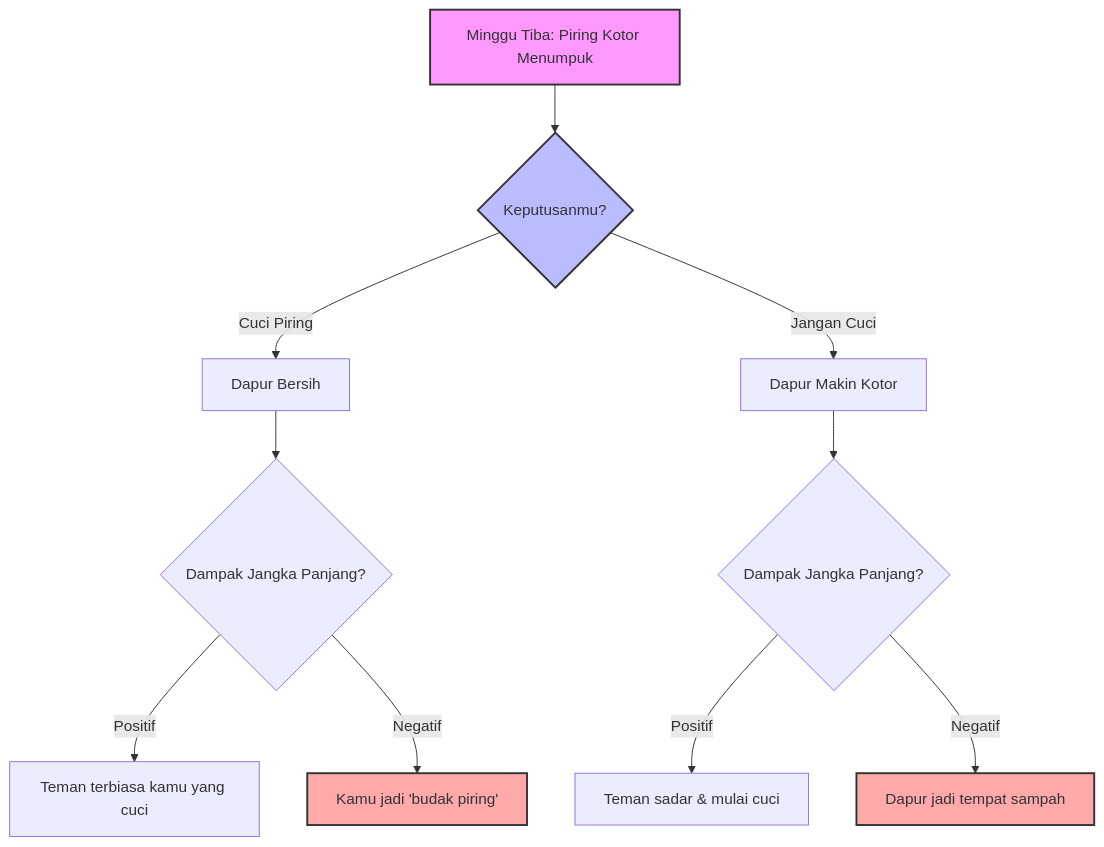
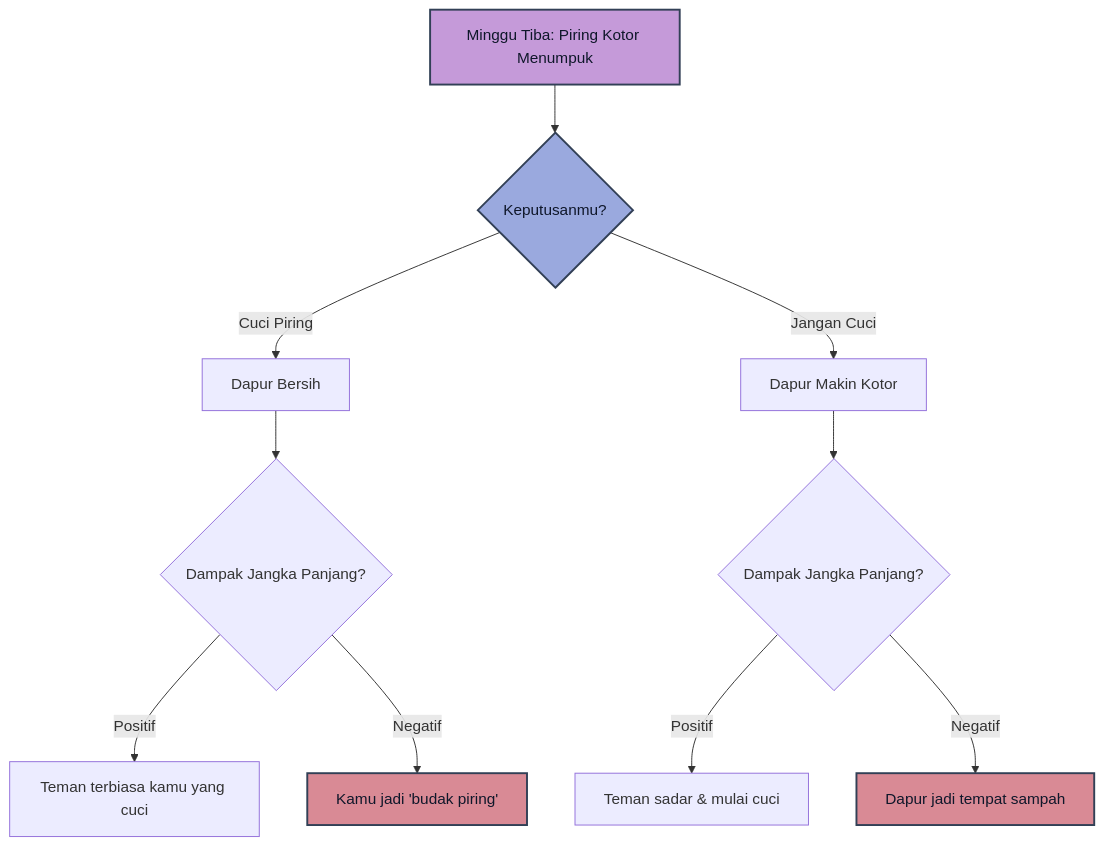
One commit to dwirx/BangunAI-Blog changed the first of 8 diagrams in src/content/writing/tit-for-tat-strategi-game-theory.mdx. Above: the diagram before and after it, drawn with Mermaid. The commit also changed other lines of this file and 1 other file, not shown here.

Commit message:
fix(mermaid): improve dark mode label contrast and node palette

````diff
--- a/src/content/writing/tit-for-tat-strategi-game-theory.mdx
+++ b/src/content/writing/tit-for-tat-strategi-game-theory.mdx
@@ -23,17 +23,17 @@
 ```mermaid
 graph TD
     A[Minggu Tiba: Piring Kotor Menumpuk] --> B{Keputusanmu?}
     B -->|Cuci Piring| C[Dapur Bersih]
     B -->|Jangan Cuci| D[Dapur Makin Kotor]
     C --> E{Dampak Jangka Panjang?}
     D --> F{Dampak Jangka Panjang?}
     E -->|Positif| G[Teman terbiasa kamu yang cuci]
     E -->|Negatif| H[Kamu jadi 'budak piring']
     F -->|Positif| I[Teman sadar & mulai cuci]
     F -->|Negatif| J[Dapur jadi tempat sampah]
     
-    style A fill:#f9f,stroke:#333,stroke-width:2px
-    style B fill:#bbf,stroke:#333,stroke-width:2px
-    style H fill:#faa,stroke:#333,stroke-width:2px
-    style J fill:#faa,stroke:#333,stroke-width:2px
+    style A fill:#c59ad9,stroke:#324056,stroke-width:2px,color:#0f172a
+    style B fill:#9aa9de,stroke:#324056,stroke-width:2px,color:#0f172a
+    style H fill:#d98a95,stroke:#324056,stroke-width:2px,color:#0f172a
+    style J fill:#d98a95,stroke:#324056,stroke-width:2px,color:#0f172a
 ```
````
